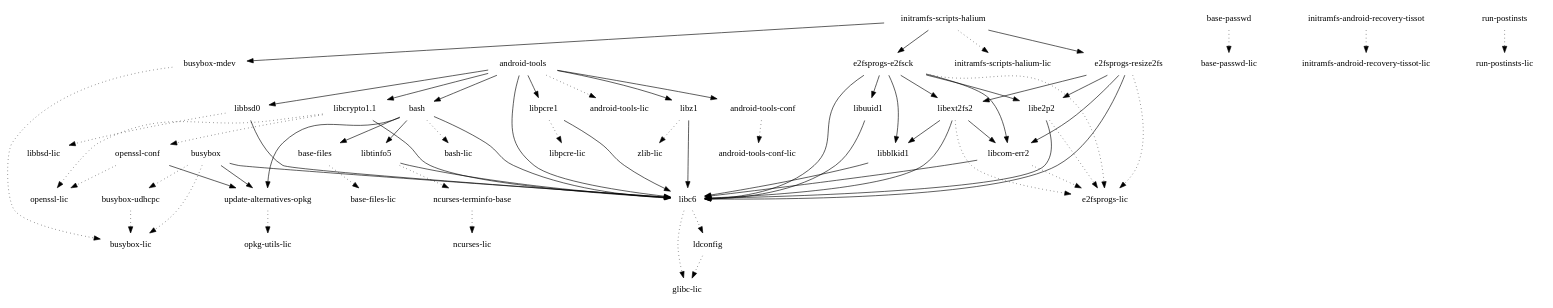
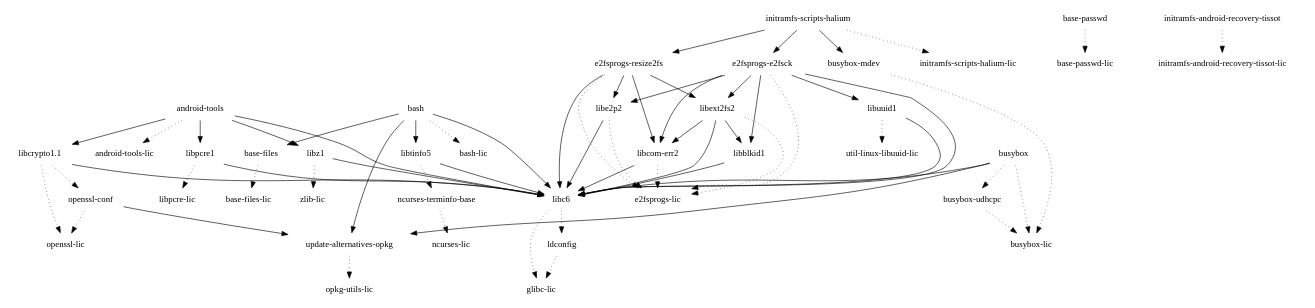
The diagram in images/tissot/glibc/initramfs-android-image/depends.dot (webOS-ports/buildhistory), drawn with Graphviz before and after one commit. The commit also changed 245 other files, not shown here.

```diff
--- a/images/tissot/glibc/initramfs-android-image/depends.dot
+++ b/images/tissot/glibc/initramfs-android-image/depends.dot
@@ -1,71 +1,65 @@
 digraph depends {
     node [shape=plaintext]
-"android-tools" -> "android-tools-conf"
 "android-tools" -> "android-tools-lic" [style=dotted]
-"android-tools" -> "bash"
-"android-tools-conf" -> "android-tools-conf-lic" [style=dotted]
-"android-tools" -> "libbsd0"
 "android-tools" -> "libc6"
 "android-tools" -> "libcrypto1.1"
 "android-tools" -> "libpcre1"
 "android-tools" -> "libz1"
 "base-files" -> "base-files-lic" [style=dotted]
 "base-passwd" -> "base-passwd-lic" [style=dotted]
 "bash" -> "base-files"
 "bash" -> "bash-lic" [style=dotted]
 "bash" -> "libc6"
 "bash" -> "libtinfo5"
 "bash" -> "update-alternatives-opkg"
 "busybox" -> "busybox-lic" [style=dotted]
 "busybox" -> "busybox-udhcpc" [style=dotted]
 "busybox" -> "libc6"
 "busybox-mdev" -> "busybox-lic" [style=dotted]
 "busybox-udhcpc" -> "busybox-lic" [style=dotted]
 "busybox" -> "update-alternatives-opkg"
 "e2fsprogs-e2fsck" -> "e2fsprogs-lic" [style=dotted]
 "e2fsprogs-e2fsck" -> "libblkid1"
 "e2fsprogs-e2fsck" -> "libc6"
 "e2fsprogs-e2fsck" -> "libcom-err2"
 "e2fsprogs-e2fsck" -> "libe2p2"
 "e2fsprogs-e2fsck" -> "libext2fs2"
 "e2fsprogs-e2fsck" -> "libuuid1"
 "e2fsprogs-resize2fs" -> "e2fsprogs-lic" [style=dotted]
 "e2fsprogs-resize2fs" -> "libc6"
 "e2fsprogs-resize2fs" -> "libcom-err2"
 "e2fsprogs-resize2fs" -> "libe2p2"
 "e2fsprogs-resize2fs" -> "libext2fs2"
 "initramfs-android-recovery-tissot" -> "initramfs-android-recovery-tissot-lic" [style=dotted]
 "initramfs-scripts-halium" -> "busybox-mdev"
 "initramfs-scripts-halium" -> "e2fsprogs-e2fsck"
 "initramfs-scripts-halium" -> "e2fsprogs-resize2fs"
 "initramfs-scripts-halium" -> "initramfs-scripts-halium-lic" [style=dotted]
 "ldconfig" -> "glibc-lic" [style=dotted]
 "libblkid1" -> "libc6"
-"libbsd0" -> "libbsd-lic" [style=dotted]
-"libbsd0" -> "libc6"
 "libc6" -> "glibc-lic" [style=dotted]
 "libc6" -> "ldconfig" [style=dotted]
 "libcom-err2" -> "e2fsprogs-lic" [style=dotted]
 "libcom-err2" -> "libc6"
 "libcrypto1.1" -> "libc6"
 "libcrypto1.1" -> "openssl-conf" [style=dotted]
 "libcrypto1.1" -> "openssl-lic" [style=dotted]
 "libe2p2" -> "e2fsprogs-lic" [style=dotted]
 "libe2p2" -> "libc6"
 "libext2fs2" -> "e2fsprogs-lic" [style=dotted]
 "libext2fs2" -> "libblkid1"
 "libext2fs2" -> "libc6"
 "libext2fs2" -> "libcom-err2"
 "libpcre1" -> "libc6"
 "libpcre1" -> "libpcre-lic" [style=dotted]
 "libtinfo5" -> "libc6"
 "libtinfo5" -> "ncurses-terminfo-base" [style=dotted]
 "libuuid1" -> "libc6"
+"libuuid1" -> "util-linux-libuuid-lic" [style=dotted]
 "libz1" -> "libc6"
 "libz1" -> "zlib-lic" [style=dotted]
 "ncurses-terminfo-base" -> "ncurses-lic" [style=dotted]
 "openssl-conf" -> "openssl-lic" [style=dotted]
 "openssl-conf" -> "update-alternatives-opkg"
-"run-postinsts" -> "run-postinsts-lic" [style=dotted]
 "update-alternatives-opkg" -> "opkg-utils-lic" [style=dotted]
 }
```
